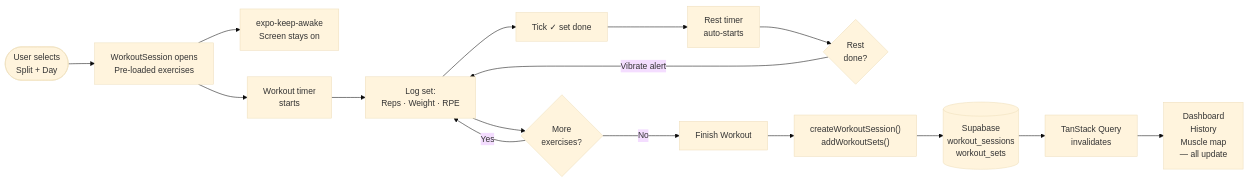
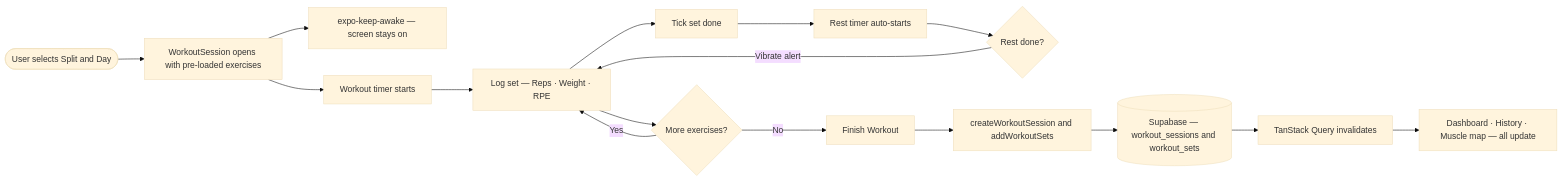
One commit to cvm101/FitGuru changed the fourth of 5 diagrams in README.md. Above: the diagram before and after it, drawn with Mermaid (base theme). The commit also changed other lines of this file, not shown here.

Commit message:
Updating Flow Search Flow in Readme

````diff
--- a/README.md
+++ b/README.md
@@ -173,18 +173,18 @@
 ```mermaid
 flowchart LR
-    A([User selects\nSplit + Day]) --> B["WorkoutSession opens\nPre-loaded exercises"]
-    B --> C["expo-keep-awake\nScreen stays on"]
-    B --> D["Workout timer\nstarts"]
-    D --> E["Log set:\nReps · Weight · RPE"]
-    E --> F["Tick ✓ set done"]
-    F --> G["Rest timer\nauto-starts"]
-    G --> H{Rest\ndone?}
+    A([User selects Split and Day]) --> B["WorkoutSession opens with pre-loaded exercises"]
+    B --> C["expo-keep-awake — screen stays on"]
+    B --> D["Workout timer starts"]
+    D --> E["Log set — Reps · Weight · RPE"]
+    E --> F["Tick set done"]
+    F --> G["Rest timer auto-starts"]
+    G --> H{Rest done?}
     H -->|Vibrate alert| E
-    E --> I{More\nexercises?}
+    E --> I{More exercises?}
     I -->|Yes| E
     I -->|No| J["Finish Workout"]
-    J --> K["createWorkoutSession()\naddWorkoutSets()"]
-    K --> L[("Supabase\nworkout_sessions\nworkout_sets")]
-    L --> M["TanStack Query\ninvalidates"]
-    M --> N["Dashboard\nHistory\nMuscle map\n— all update"]
+    J --> K["createWorkoutSession and addWorkoutSets"]
+    K --> L[("Supabase — workout_sessions and workout_sets")]
+    L --> M["TanStack Query invalidates"]
+    M --> N["Dashboard · History · Muscle map — all update"]
 ```
````
